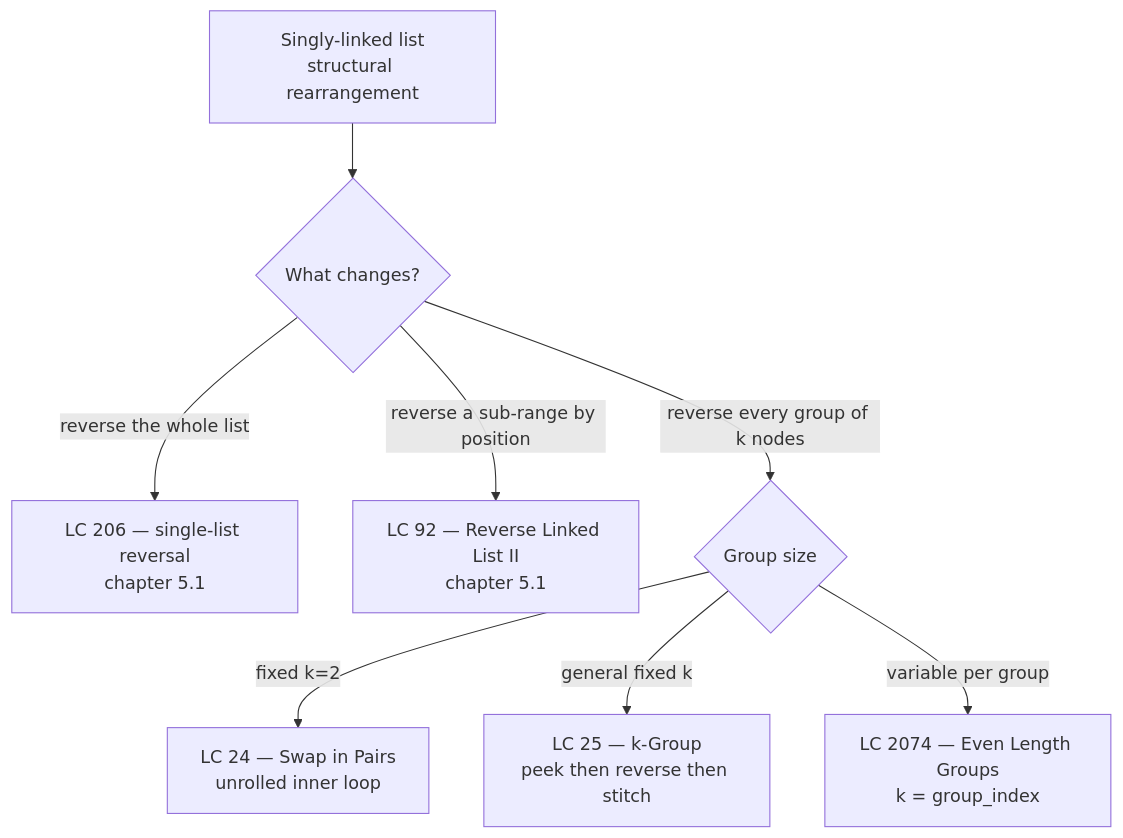
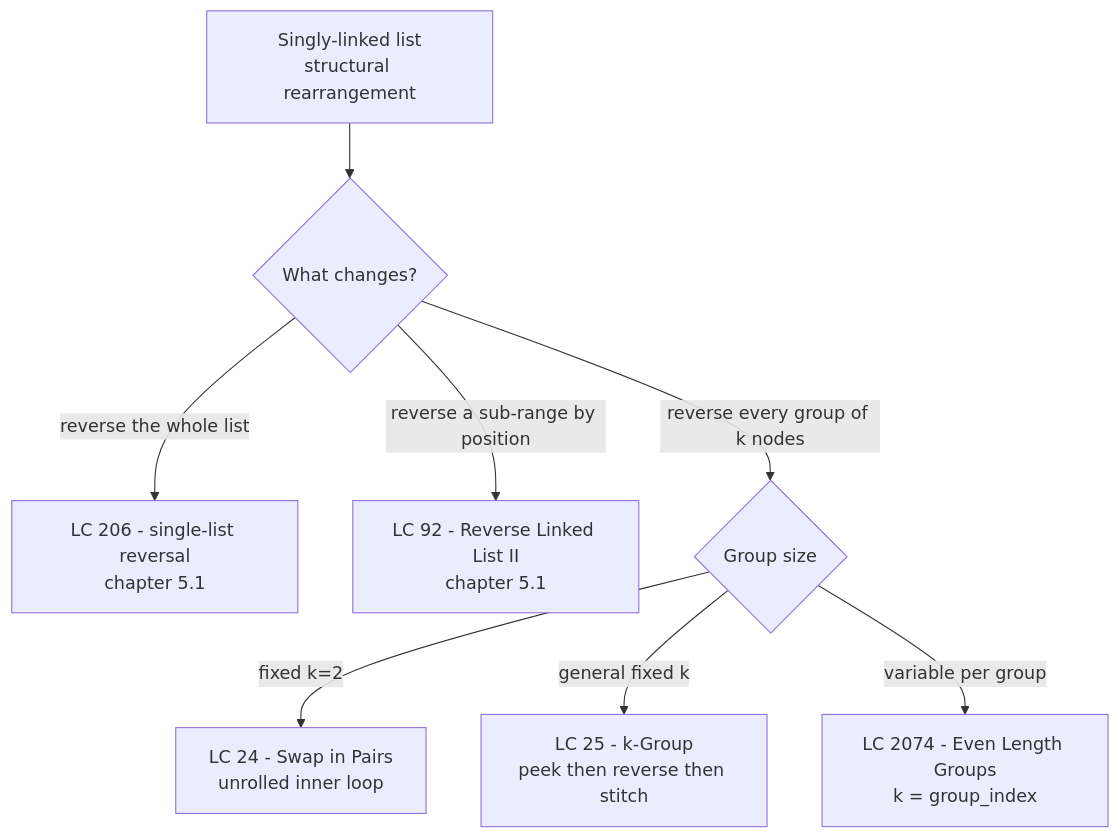
One commit to Ridzzz0Alam/engineering-path changed the diagram in src/data/handbooks/dsa/part-5-linked-lists/02-reverse-in-groups-k.md. Above: the diagram before and after it, drawn with Mermaid. The commit also changed other lines of this file and 283 other files, not shown here.

````diff
--- a/src/data/handbooks/dsa/part-5-linked-lists/02-reverse-in-groups-k.md
+++ b/src/data/handbooks/dsa/part-5-linked-lists/02-reverse-in-groups-k.md
@@ -173,10 +173,10 @@
 ```mermaid
 flowchart TD
     A[Singly-linked list<br/>structural rearrangement] --> B{What changes?}
-    B -- reverse the whole list --> C[LC 206 — single-list reversal<br/>chapter 5.1]
-    B -- reverse a sub-range by position --> D[LC 92 — Reverse Linked List II<br/>chapter 5.1]
+    B -- reverse the whole list --> C[LC 206 - single-list reversal<br/>chapter 5.1]
+    B -- reverse a sub-range by position --> D[LC 92 - Reverse Linked List II<br/>chapter 5.1]
     B -- reverse every group of k nodes --> E{Group size}
-    E -- fixed k=2 --> F[LC 24 — Swap in Pairs<br/>unrolled inner loop]
-    E -- general fixed k --> G[LC 25 — k-Group<br/>peek then reverse then stitch]
-    E -- variable per group --> H[LC 2074 — Even Length Groups<br/>k = group_index]
+    E -- fixed k=2 --> F[LC 24 - Swap in Pairs<br/>unrolled inner loop]
+    E -- general fixed k --> G[LC 25 - k-Group<br/>peek then reverse then stitch]
+    E -- variable per group --> H[LC 2074 - Even Length Groups<br/>k = group_index]
 ```
````
